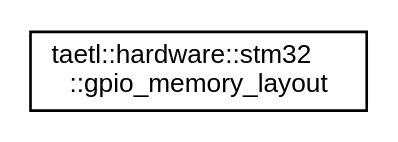
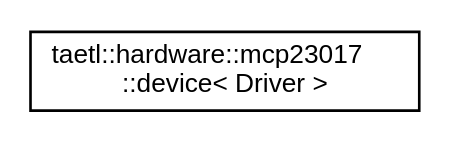
The diagram in inherit_graph_8.dot (tobanteAudio/taetl), drawn with Graphviz before and after one commit. The commit also changed 155 other files, not shown here.

```diff
--- a/inherit_graph_8.dot
+++ b/inherit_graph_8.dot
@@ -1,7 +1,7 @@
 digraph "Graphical Class Hierarchy"
 {
   edge [fontname="Helvetica",fontsize="10",labelfontname="Helvetica",labelfontsize="10"];
   node [fontname="Helvetica",fontsize="10",shape=record];
   rankdir="LR";
-  Node0 [label="taetl::hardware::stm32\l::gpio_memory_layout",height=0.2,width=0.4,color="black", fillcolor="white", style="filled",URL="$structtaetl_1_1hardware_1_1stm32_1_1gpio__memory__layout.html"];
+  Node0 [label="taetl::hardware::mcp23017\l::device\< Driver \>",height=0.2,width=0.4,color="black", fillcolor="white", style="filled",URL="$classtaetl_1_1hardware_1_1mcp23017_1_1device.html"];
 }
```
